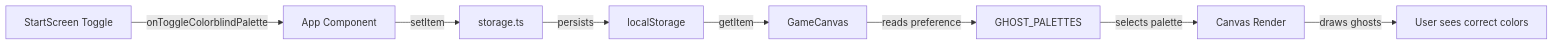
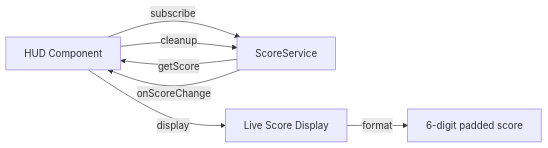
The diagram in docs/agents/junior-react-mission.md (ErezSCE/PacmanClaude4), drawn with Mermaid before and after one commit. The commit also changed other lines of this file and 2 other files, not shown here.

````diff
--- a/docs/agents/junior-react-mission.md
+++ b/docs/agents/junior-react-mission.md
@@ -23,10 +23,9 @@
 ```mermaid
 graph LR
-    A[StartScreen Toggle] -->|onToggleColorblindPalette| B[App Component]
-    B -->|setItem| C[storage.ts]
-    C -->|persists| D[localStorage]
-    D -->|getItem| E[GameCanvas]
-    E -->|reads preference| F[GHOST_PALETTES]
-    F -->|selects palette| G[Canvas Render]
-    G -->|draws ghosts| H[User sees correct colors]
+  A[HUD Component] -->|subscribe| B[ScoreService]
+  B -->|getScore| A
+  B -->|onScoreChange| A
+  A -->|display| C[Live Score Display]
+  C -->|format| D[6-digit padded score]
+  A -->|cleanup| B
 ```
````
